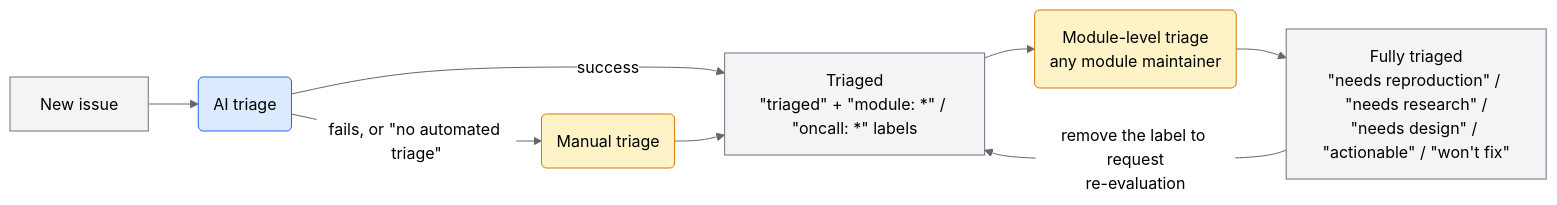
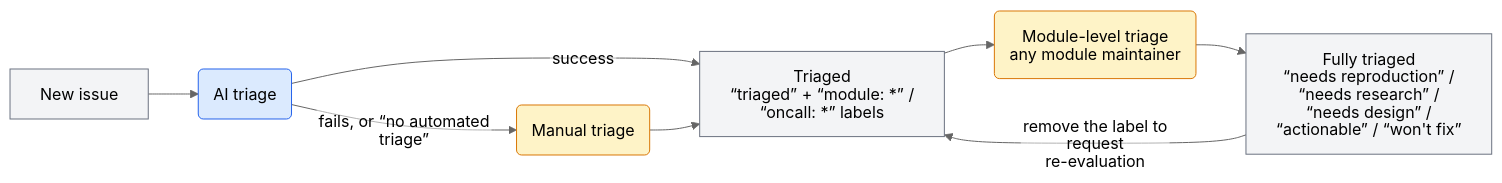
One commit to pytorch/pytorch changed the first of 2 diagrams in CONTRIBUTING.md. Above: the diagram before and after it, drawn with Mermaid (neutral theme). The commit also changed other lines of this file, not shown here.

First line of the commit message:
[docs] Fix CONTRIBUTING.md mermaid diagrams (#202614)

````diff
--- a/CONTRIBUTING.md
+++ b/CONTRIBUTING.md
@@ -83,15 +83,16 @@
 ```mermaid
+%%{init: {"htmlLabels": false, "flowchart": {"htmlLabels": false}}}%%
 flowchart LR
     new[New issue] --> ai(AI triage)
-    ai -- success --> triaged["Triaged<br/>#quot;triaged#quot; + #quot;module: *#quot; / #quot;oncall: *#quot; labels"]
-    ai -- "fails, or #quot;no automated triage#quot;" --> manual(Manual triage) --> triaged
+    ai -- success --> triaged["Triaged<br/>“triaged” + “module: *” / “oncall: *” labels"]
+    ai -- "fails, or “no automated triage”" --> manual(Manual triage) --> triaged
     triaged --> mtriage("Module-level triage<br/>any module maintainer")
-    mtriage --> full["Fully triaged<br/>#quot;needs reproduction#quot; / #quot;needs research#quot; /<br/>#quot;needs design#quot; / #quot;actionable#quot; / #quot;won't fix#quot;"]
+    mtriage --> full["Fully triaged<br/>“needs reproduction” / “needs research” /<br/>“needs design” / “actionable” / “won't fix”"]
     full -- "remove the label to request<br/>re-evaluation" --> triaged
     classDef state fill:#f3f4f6,stroke:#6b7280,color:#000
     classDef aiproc fill:#dbeafe,stroke:#2563eb,color:#000
     classDef humanproc fill:#fef3c7,stroke:#d97706,color:#000
     class new,triaged,full state
     class ai aiproc
     class manual,mtriage humanproc
 ```
````
